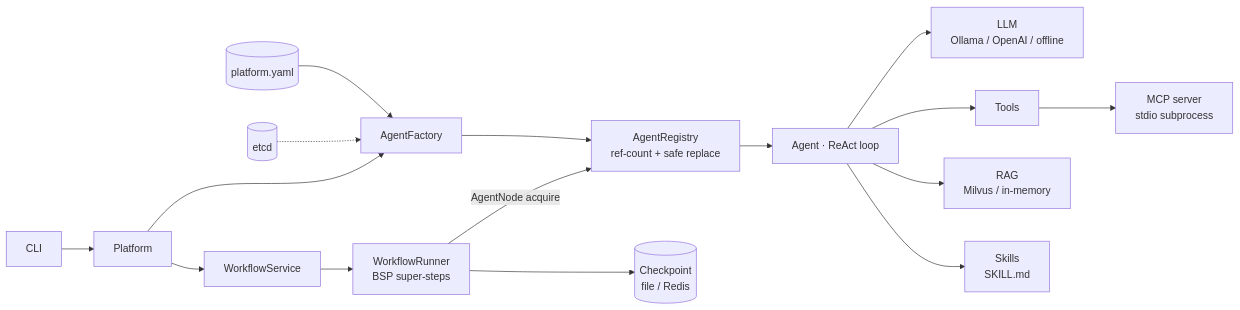
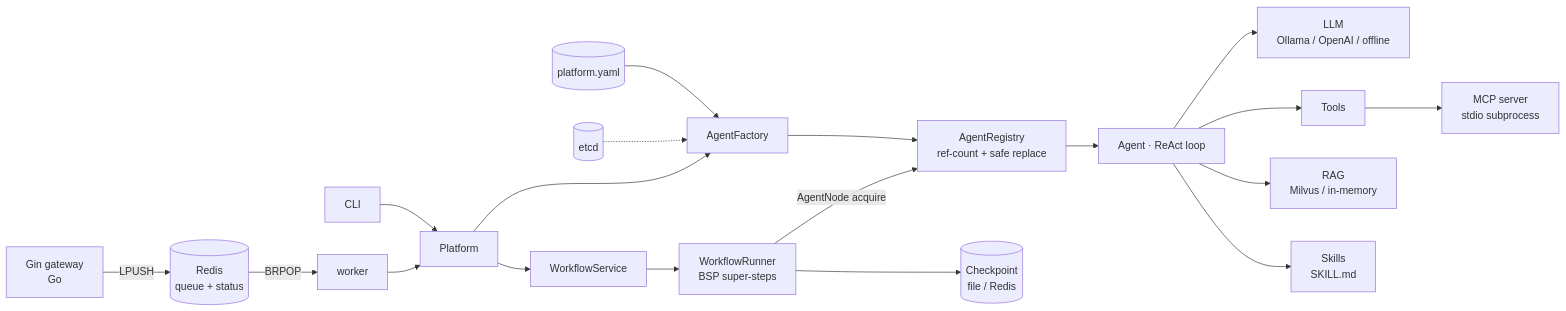
The diagram in README.md (PolarisMurray/Multi-Agent), drawn with Mermaid before and after one commit. The commit also changed other lines of this file, not shown here.

````diff
--- a/README.md
+++ b/README.md
@@ -8,15 +8,16 @@
 ```mermaid
 flowchart LR
     CLI[CLI] --> P[Platform]
+    API[Gin gateway<br/>Go] -- LPUSH --> Q[(Redis<br/>queue + status)] -- BRPOP --> WK[worker] --> P
     YAML[(platform.yaml)] --> F
     ETCD[(etcd)] -.-> F
     P --> F[AgentFactory] --> R[AgentRegistry<br/>ref-count + safe replace]
     P --> W[WorkflowService]
     W --> E[WorkflowRunner<br/>BSP super-steps] --> CP[(Checkpoint<br/>file / Redis)]
     E -- AgentNode acquire --> R
     R --> A[Agent · ReAct loop]
     A --> LLM[LLM<br/>Ollama / OpenAI / offline]
     A --> T[Tools] --> MCP[MCP server<br/>stdio subprocess]
     A --> RAG[RAG<br/>Milvus / in-memory]
     A --> S[Skills<br/>SKILL.md]
 ```
````
